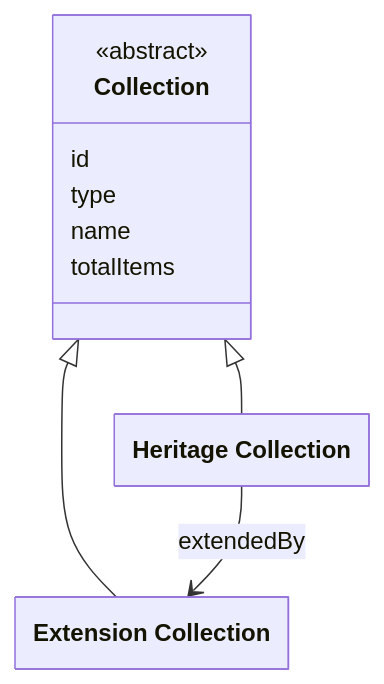
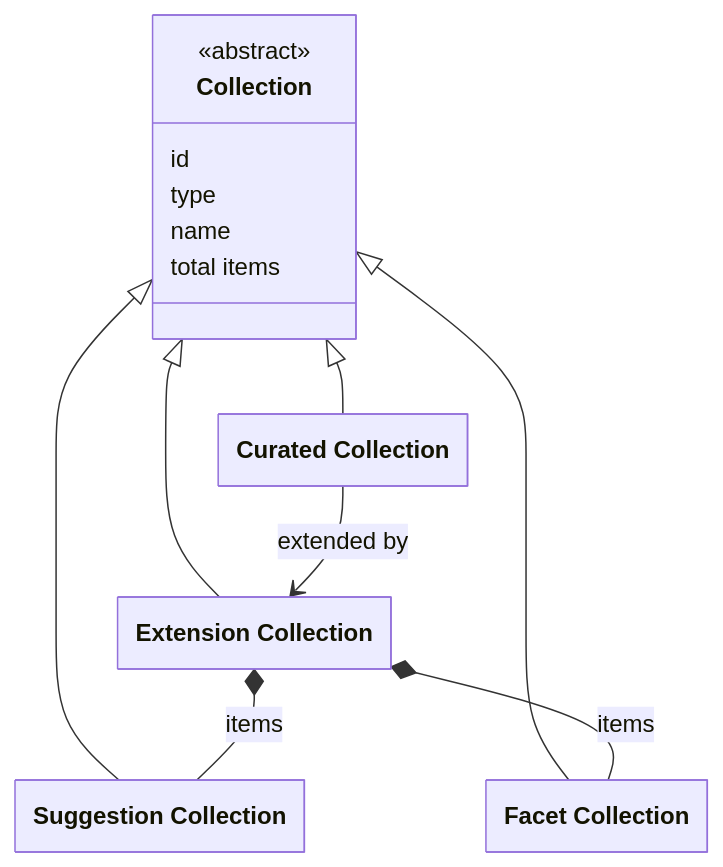
The diagram in docs/requirements/data-layer-api/rest/extensions.md (netwerk-digitaal-erfgoed/netwerk-digitaal-erfgoed.github.io), drawn with Mermaid before and after one commit. The commit also changed other lines of this file and 10 other files, not shown here.

````diff
--- a/docs/requirements/data-layer-api/rest/extensions.md
+++ b/docs/requirements/data-layer-api/rest/extensions.md
@@ -29,24 +34,31 @@
 ```mermaid
 ---
   config:
     class:
       hideEmptyMembersBox: true
 ---
 classDiagram
 
 class Collection {
   <<abstract>>
   id
   type
   name
-  totalItems
+  total items
 }
 
-class HeritageCollection["Heritage Collection"]
+class CuratedCollection["Curated Collection"]
 class ExtensionCollection["Extension Collection"]
+class SuggestionCollection["Suggestion Collection"]
+class FacetCollection["Facet Collection"]
 
-Collection <|-- HeritageCollection
+Collection <|-- CuratedCollection
 Collection <|-- ExtensionCollection
+Collection <|-- SuggestionCollection
+Collection <|-- FacetCollection
 
-HeritageCollection --> ExtensionCollection : extendedBy
+CuratedCollection --> ExtensionCollection : extended by
+
+ExtensionCollection *-- SuggestionCollection : items
+ExtensionCollection *-- FacetCollection : items
 ```
````
